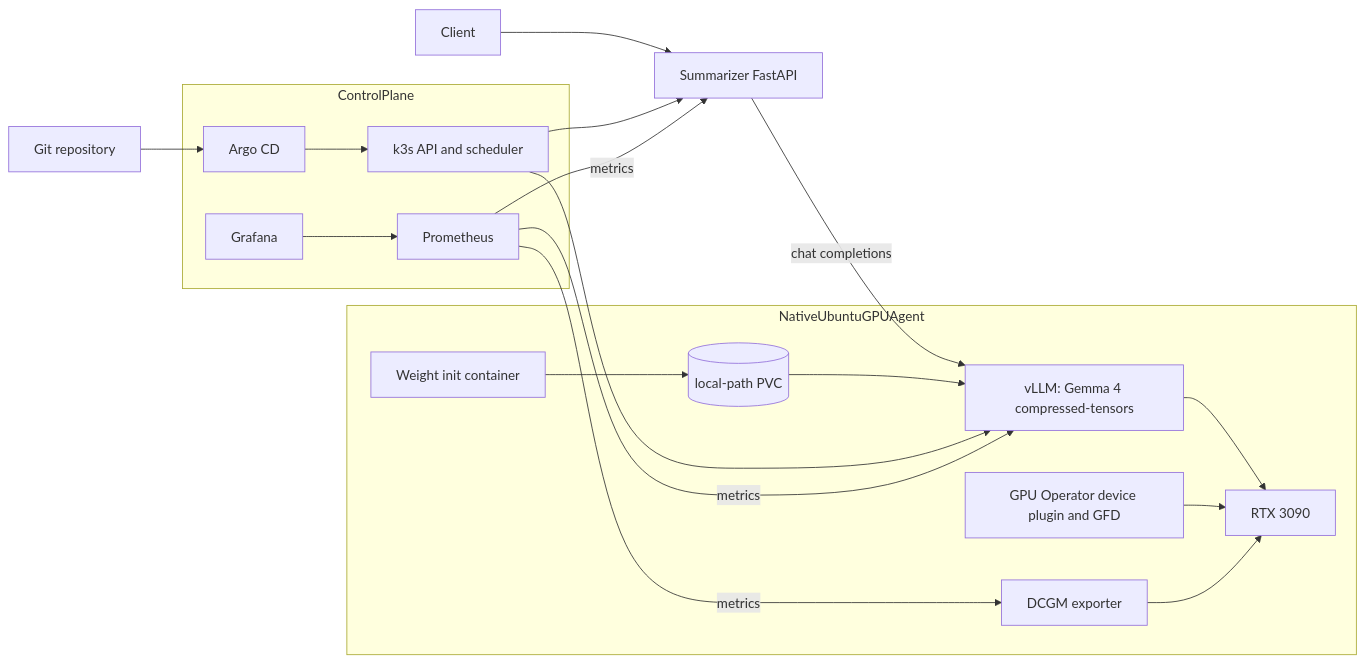
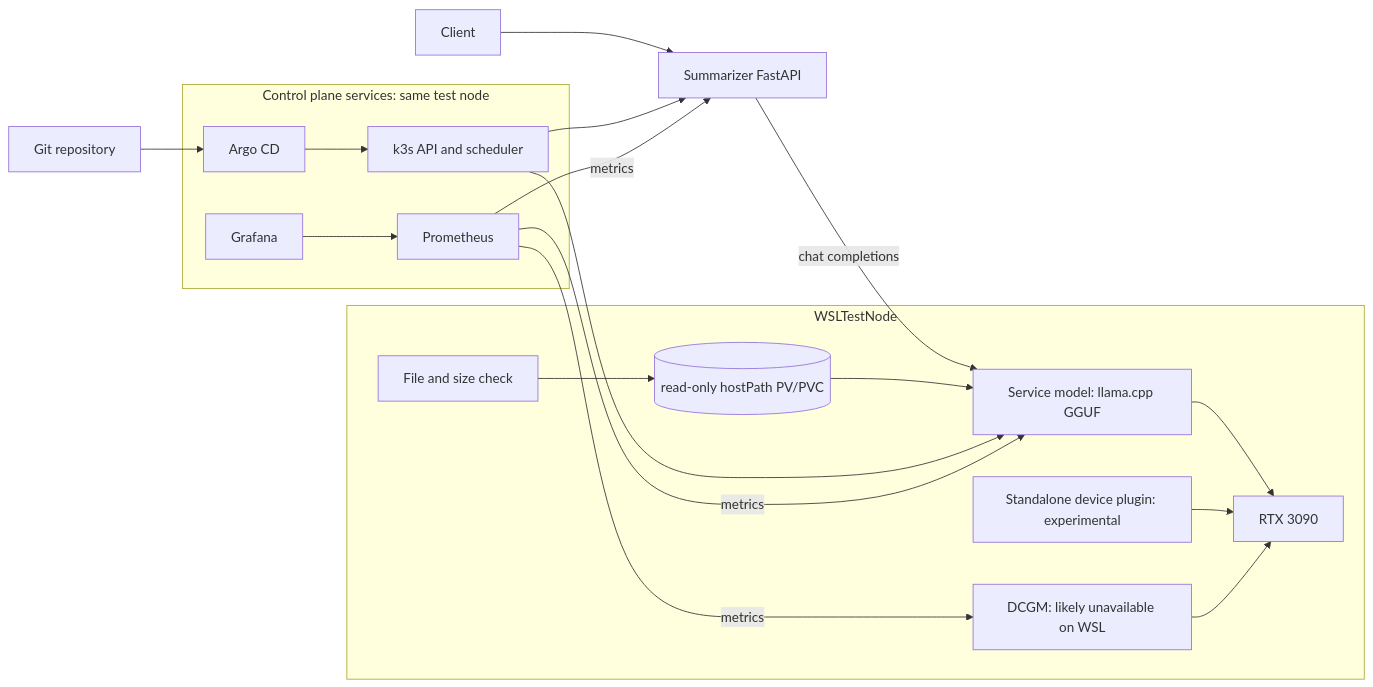
One commit to soroushdeimi/gemloy-mlops changed the diagram in docs/architecture.md. Above: the diagram before and after it, drawn with Mermaid. The commit also changed other lines of this file and 51 other files, not shown here.

First line of the commit message:
feat(model): llama.cpp engine on the existing GGUF and a WSL2 test path

````diff
--- a/docs/architecture.md
+++ b/docs/architecture.md
@@ -3,25 +3,25 @@
 ```mermaid
 flowchart LR
   Client --> App[Summarizer FastAPI]
-  App -->|chat completions| Model[vLLM: Gemma 4 compressed-tensors]
-  subgraph NativeUbuntuGPUAgent
+  App -->|chat completions| Model[Service model: llama.cpp GGUF]
+  subgraph WSLTestNode
     Model --> GPU[RTX 3090]
-    Cache[(local-path PVC)] --> Model
-    Init[Weight init container] --> Cache
-    Device[GPU Operator device plugin and GFD] --> GPU
-    DCGM[DCGM exporter] --> GPU
+    Cache[(read-only hostPath PV/PVC)] --> Model
+    Init[File and size check] --> Cache
+    Device[Standalone device plugin: experimental] --> GPU
+    DCGM[DCGM: likely unavailable on WSL] --> GPU
   end
-  subgraph ControlPlane
+  subgraph ControlPlane[Control plane services: same test node]
     K3s[k3s API and scheduler]
     Argo[Argo CD]
     Prom[Prometheus]
     Grafana[Grafana]
   end
   Git[Git repository] --> Argo --> K3s
   K3s --> App
   K3s --> Model
   Prom -->|metrics| App
   Prom -->|metrics| Model
   Prom -->|metrics| DCGM
   Grafana --> Prom
 ```
````
